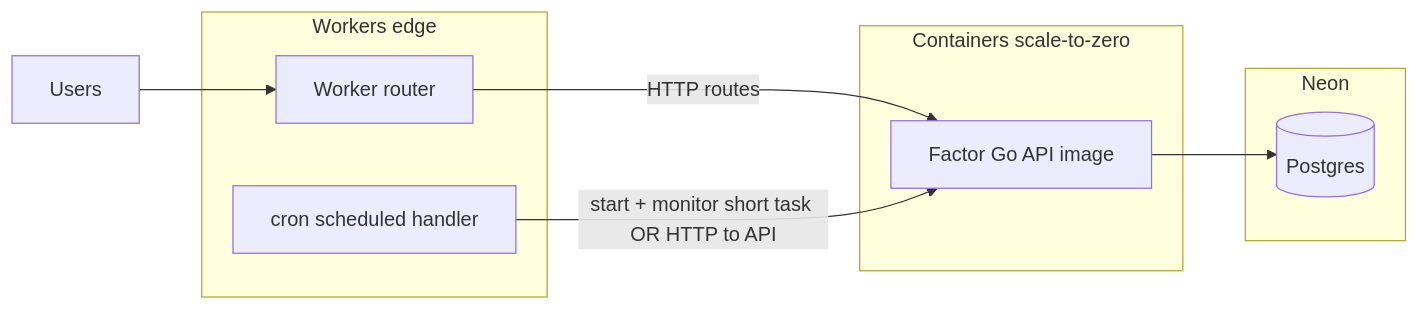
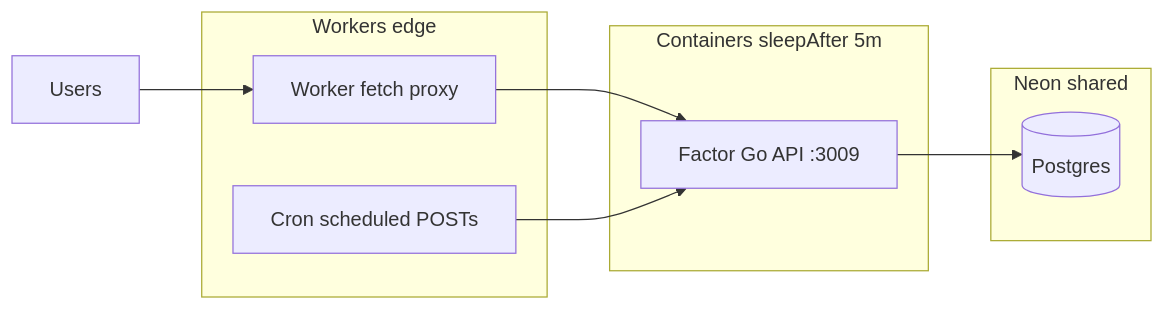
Before and after one commit to sahilsk11/factorbacktest: the diagram in docs/factor-cloudflare-containers-spike.md, drawn with Mermaid. The commit also changed other lines of this file and 14 other files, not shown here.

First line of the commit message:
feat: factor-cf-staging full Go API on Cloudflare Containers + cron

````diff
--- a/docs/factor-cloudflare-containers-spike.md
+++ b/docs/factor-cloudflare-containers-spike.md
@@ -86,17 +91,17 @@
 ```mermaid
 flowchart LR
   subgraph edge [Workers edge]
-    W[Worker router]
-    CR[cron scheduled handler]
+    W[Worker fetch proxy]
+    CR[Cron scheduled POSTs]
   end
-  subgraph compute [Containers scale-to-zero]
-    API[Factor Go API image]
+  subgraph compute [Containers sleepAfter 5m]
+    API[Factor Go API :3009]
   end
-  subgraph data [Neon]
+  subgraph data [Neon shared]
     PG[(Postgres)]
   end
   Users --> W
-  W -->|HTTP routes| API
-  CR -->|start + monitor short task OR HTTP to API| API
+  W --> API
+  CR --> API
   API --> PG
 ```
````
